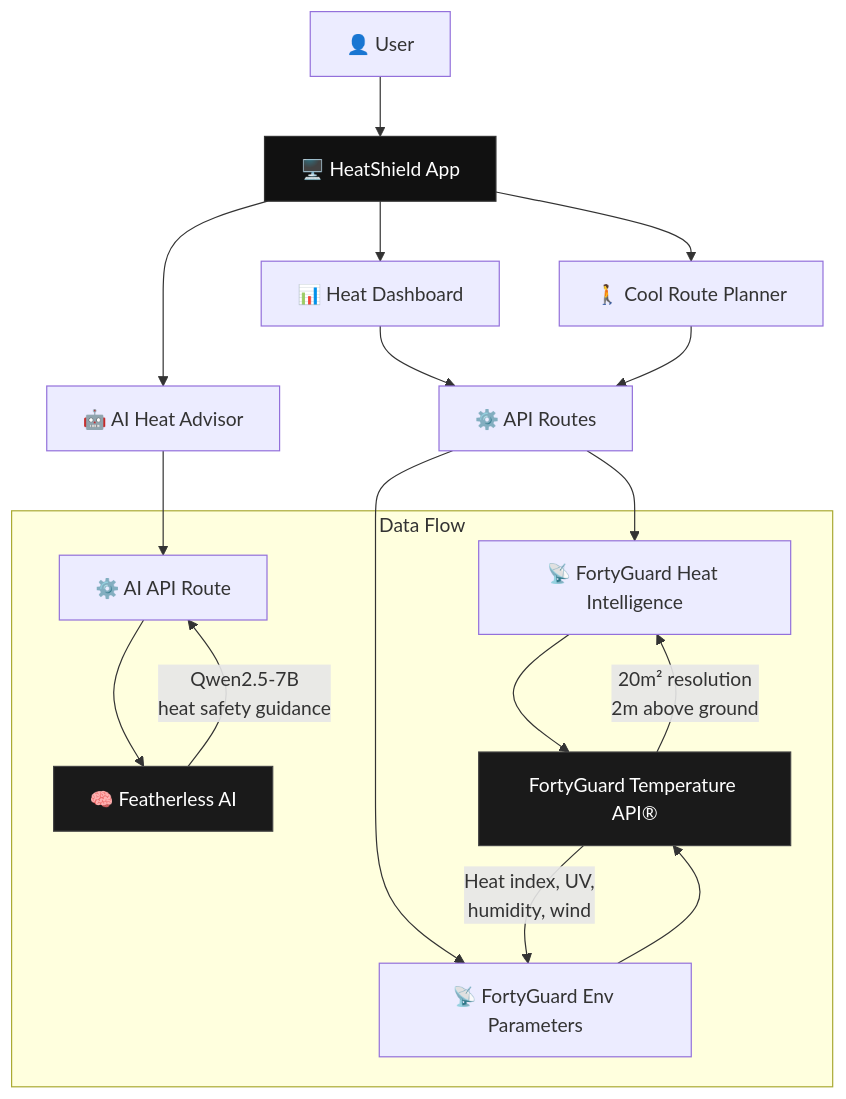
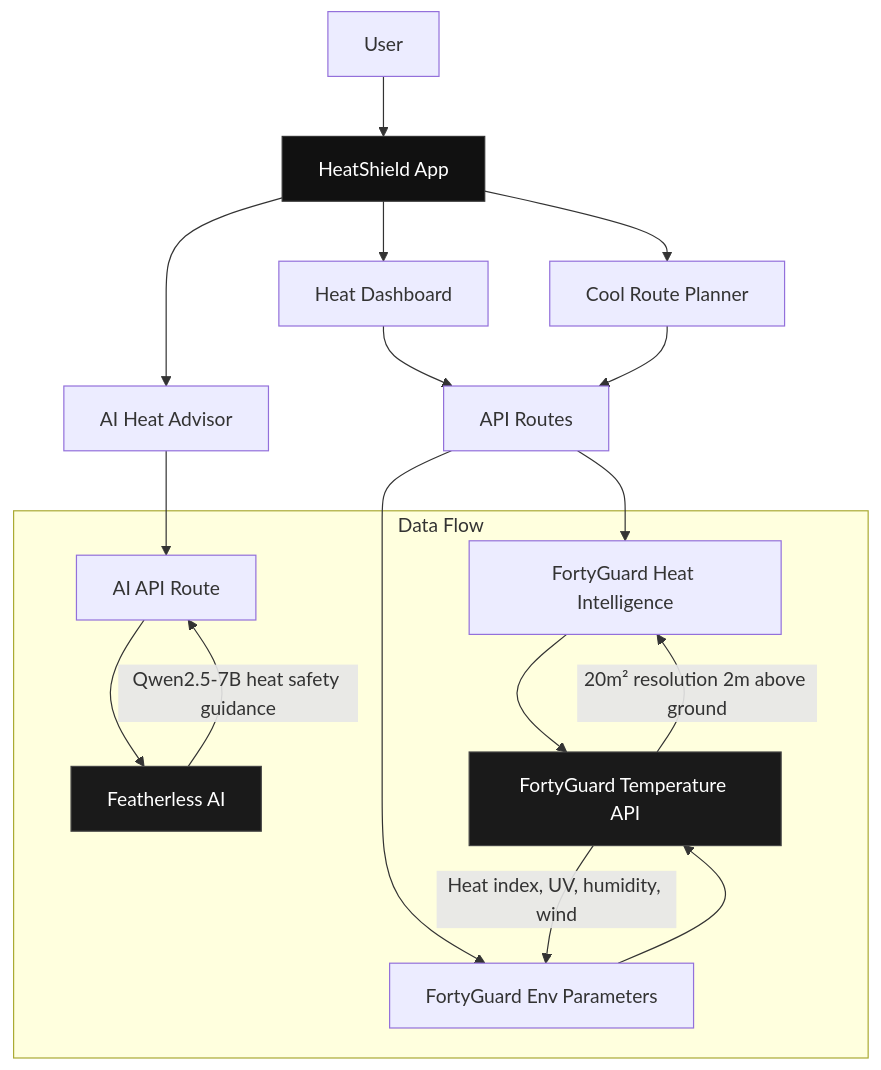
The first of 2 diagrams in README.md (thesithunyein/heatshield), drawn with Mermaid before and after one commit. The commit also changed other lines of this file and 1 other file, not shown here.

First line of the commit message:
Clean up README: remove emoji, add shield badges, update SECURITY.md

````diff
--- a/README.md
+++ b/README.md
@@ -32,28 +51,28 @@
 ```mermaid
 flowchart TB
-    User["👤 User"] --> App["🖥️ HeatShield App"]
-    App --> Dashboard["📊 Heat Dashboard"]
-    App --> Routes["🚶 Cool Route Planner"]
-    App --> Advisor["🤖 AI Heat Advisor"]
+    User["User"] --> App["HeatShield App"]
+    App --> Dashboard["Heat Dashboard"]
+    App --> Routes["Cool Route Planner"]
+    App --> Advisor["AI Heat Advisor"]
 
-    Dashboard --> API["⚙️ API Routes"]
+    Dashboard --> API["API Routes"]
     Routes --> API
-    Advisor --> AI_Route["⚙️ AI API Route"]
+    Advisor --> AI_Route["AI API Route"]
 
-    API --> FG_Intel["📡 FortyGuard Heat Intelligence"]
-    API --> FG_Env["📡 FortyGuard Env Parameters"]
-    AI_Route --> Featherless["🧠 Featherless AI"]
+    API --> FG_Intel["FortyGuard Heat Intelligence"]
+    API --> FG_Env["FortyGuard Env Parameters"]
+    AI_Route --> Featherless["Featherless AI"]
 
-    FG_Intel --> FortyGuard["FortyGuard Temperature API®"]
+    FG_Intel --> FortyGuard["FortyGuard Temperature API"]
     FG_Env --> FortyGuard
 
     subgraph "Data Flow"
-        FortyGuard -->|"20m² resolution<br/>2m above ground"| FG_Intel
-        FortyGuard -->|"Heat index, UV,<br/>humidity, wind"| FG_Env
-        Featherless -->|"Qwen2.5-7B<br/>heat safety guidance"| AI_Route
+        FortyGuard -->|"20m² resolution 2m above ground"| FG_Intel
+        FortyGuard -->|"Heat index, UV, humidity, wind"| FG_Env
+        Featherless -->|"Qwen2.5-7B heat safety guidance"| AI_Route
     end
 
     style App fill:#111,stroke:#333,color:#fff
     style FortyGuard fill:#1a1a1a,stroke:#444,color:#fff
     style Featherless fill:#1a1a1a,stroke:#444,color:#fff
 ```
````
